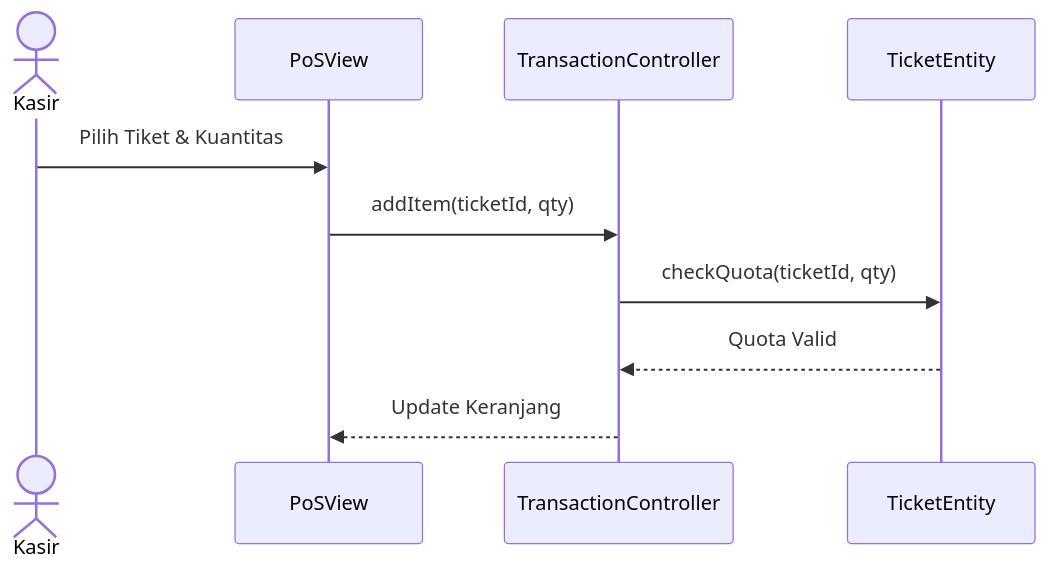
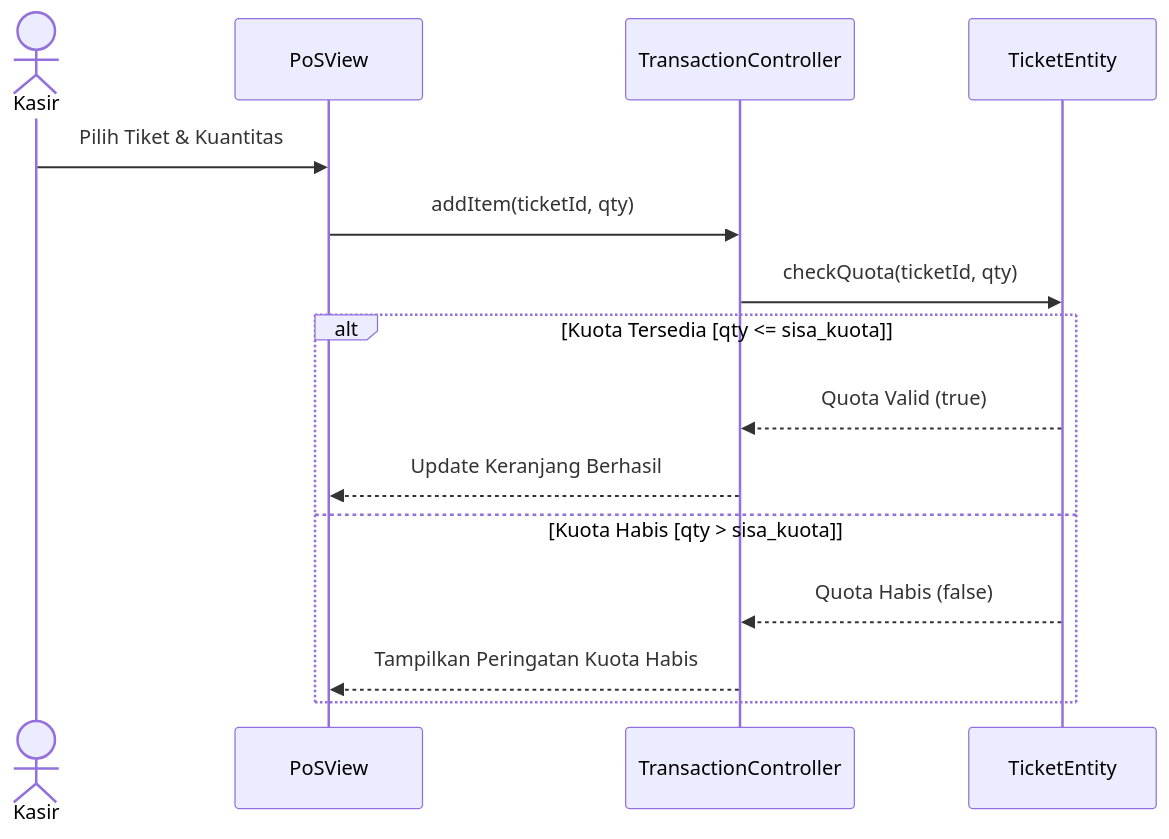
One commit to impal-kelompok-4/pos-tiket-standup changed the third of 27 diagrams in docs/Tugas 1 - DPPL SISTEM PEMESANAN TIKET.md. Above: the diagram before and after it, drawn with Mermaid. The commit also changed other lines of this file and 28 other files, not shown here.

````diff
--- a/docs/Tugas 1 - DPPL SISTEM PEMESANAN TIKET.md
+++ b/docs/Tugas 1 - DPPL SISTEM PEMESANAN TIKET.md
@@ -258,12 +258,17 @@
 ```mermaid
 sequenceDiagram
     actor Kasir
     participant PoSView
     participant TransactionController
     participant TicketEntity
     Kasir->>PoSView: Pilih Tiket & Kuantitas
     PoSView->>TransactionController: addItem(ticketId, qty)
     TransactionController->>TicketEntity: checkQuota(ticketId, qty)
-    TicketEntity-->>TransactionController: Quota Valid
-    TransactionController-->>PoSView: Update Keranjang
+    alt Kuota Tersedia [qty <= sisa_kuota]
+        TicketEntity-->>TransactionController: Quota Valid (true)
+        TransactionController-->>PoSView: Update Keranjang Berhasil
+    else Kuota Habis [qty > sisa_kuota]
+        TicketEntity-->>TransactionController: Quota Habis (false)
+        TransactionController-->>PoSView: Tampilkan Peringatan Kuota Habis
+    end
 ```
````
